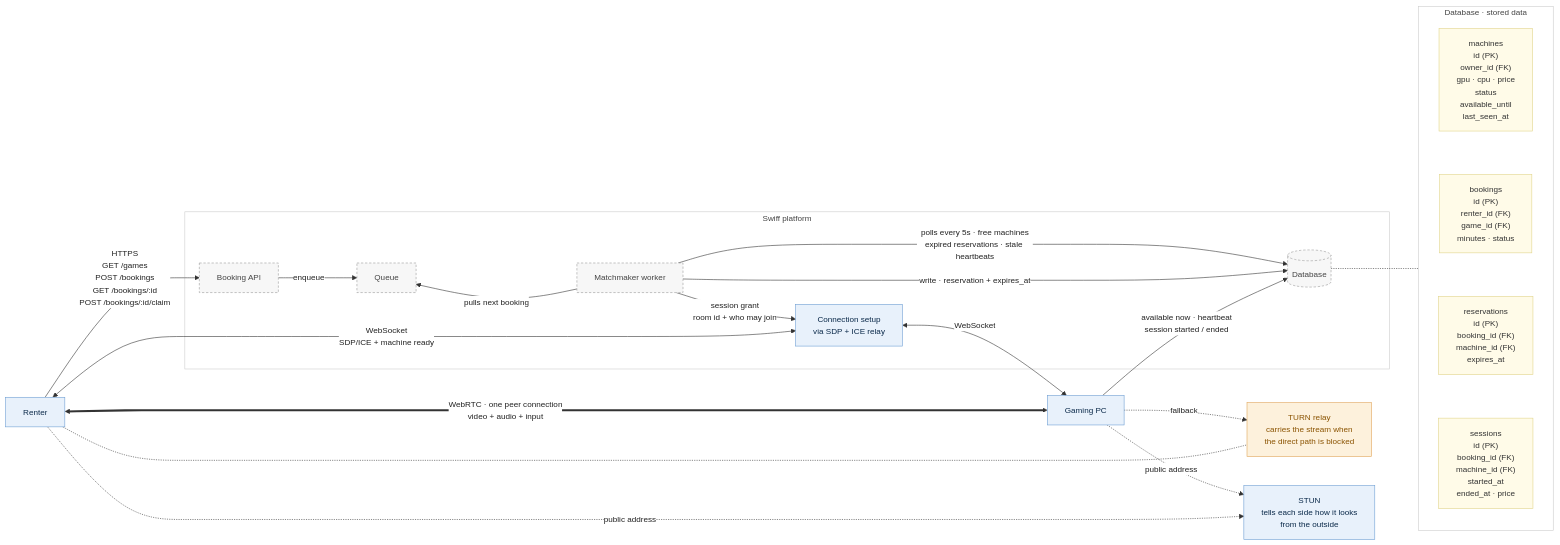
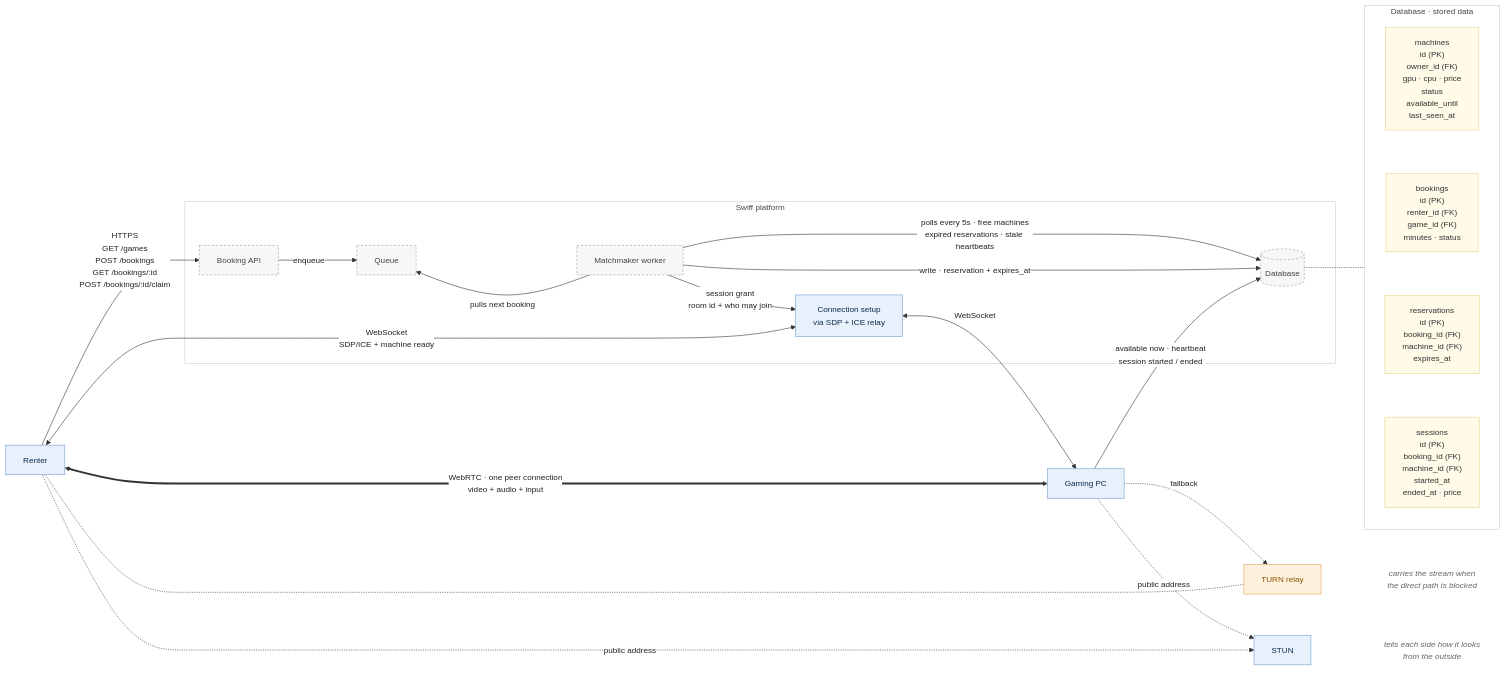
Before and after one commit to tomnotthomas/distributed_gaming: the diagram in docs/diagrams/system-architecture.mmd, drawn with Mermaid. The commit also changed 1 other file, not shown here.

Commit message:
docs(diagrams): move TURN/STUN descriptions out of the boxes as plain notes

```diff
--- a/docs/diagrams/system-architecture.mmd
+++ b/docs/diagrams/system-architecture.mmd
@@ -1,68 +1,74 @@
 ---
 config:
   theme: base
   flowchart:
     curve: basis
     htmlLabels: true
   themeVariables:
     fontFamily: "Helvetica Neue, Helvetica, Arial, sans-serif"
     fontSize: 14px
     edgeLabelBackground: "#ffffff"
     lineColor: "#333333"
     primaryTextColor: "#222222"
   themeCSS: >-
     .edgeLabel, .edgeLabel p, .edgeLabel span, .labelBkg { background: #fff !important; background-color: #fff !important; }
     .edgeLabel p, .edgeLabel span { color: #555; font-size: 13px; }
     .edgeLabel rect { fill: #fff !important; opacity: 1 !important; }
     svg, text, span, p, div { font-family: "Helvetica Neue", Helvetica, Arial, sans-serif !important; }
 ---
 flowchart LR
   Renter["Renter"]
   PC["Gaming PC"]
-  TURN["TURN relay<br/>carries the stream when<br/>the direct path is blocked"]
-  STUN["STUN<br/>tells each side how it looks<br/>from the outside"]
+  TURN["TURN relay"]
+  STUN["STUN"]
+  TURNnote["carries the stream when<br/>the direct path is blocked"]
+  STUNnote["tells each side how it looks<br/>from the outside"]
+  TURN ~~~ TURNnote
+  STUN ~~~ STUNnote
 
   subgraph Platform["Swiff platform"]
     API["Booking API"]
     Q["Queue"]
     MM["Matchmaker worker"]
     DB[("Database")]
     SIG["Connection setup<br/>via SDP + ICE relay"]
   end
 
   subgraph Data["Database · stored data"]
     direction TB
     T1["machines<br/>id (PK)<br/>owner_id (FK)<br/>gpu · cpu · price<br/>status<br/>available_until<br/>last_seen_at"]
     T2["bookings<br/>id (PK)<br/>renter_id (FK)<br/>game_id (FK)<br/>minutes · status"]
     T3["reservations<br/>id (PK)<br/>booking_id (FK)<br/>machine_id (FK)<br/>expires_at"]
     T4["sessions<br/>id (PK)<br/>booking_id (FK)<br/>machine_id (FK)<br/>started_at<br/>ended_at · price"]
     T1 ~~~ T2 ~~~ T3 ~~~ T4
   end
 
   Renter -- "HTTPS<br/>GET /games<br/>POST /bookings<br/>GET /bookings/:id<br/>POST /bookings/:id/claim" --> API
   API -- "enqueue" --> Q
   Q ~~~ MM
   MM -- "pulls next booking" --> Q
   MM -- "polls every 5s · free machines<br/>expired reservations · stale heartbeats" --> DB
   MM -- "write · reservation + expires_at" --> DB
   MM -- "session grant<br/>room id + who may join" --> SIG
   Renter <-- "WebSocket<br/>SDP/ICE + machine ready" --> SIG
   SIG <-- "WebSocket" --> PC
   PC -- "available now · heartbeat<br/>session started / ended" --> DB
   Renter <== "WebRTC · one peer connection<br/>video + audio + input" ==> PC
   PC -. "fallback" .-> TURN
   Renter <-.- TURN
   PC -. "public address" .-> STUN
   Renter -. "public address" .-> STUN
   DB -.- Data
 
   classDef platform fill:#f7f7f7,stroke:#999,stroke-dasharray:4 3,color:#444
   classDef endpoint fill:#e8f1fb,stroke:#6d9ed3,color:#0b2a4a
   classDef turn fill:#fdf1dc,stroke:#e0a458,color:#8a5300
+  classDef note fill:none,stroke:none,color:#666,font-style:italic
   classDef table fill:#fffbe8,stroke:#e0d58a,color:#333
   class API,Q,MM,DB platform
   class Renter,PC,SIG,STUN endpoint
   class TURN turn
   class T1,T2,T3,T4 table
+  class TURNnote,STUNnote note
   style Platform fill:#ffffff,stroke:#ccc,color:#444
   style Data fill:#ffffff,stroke:#ccc,color:#444
```
